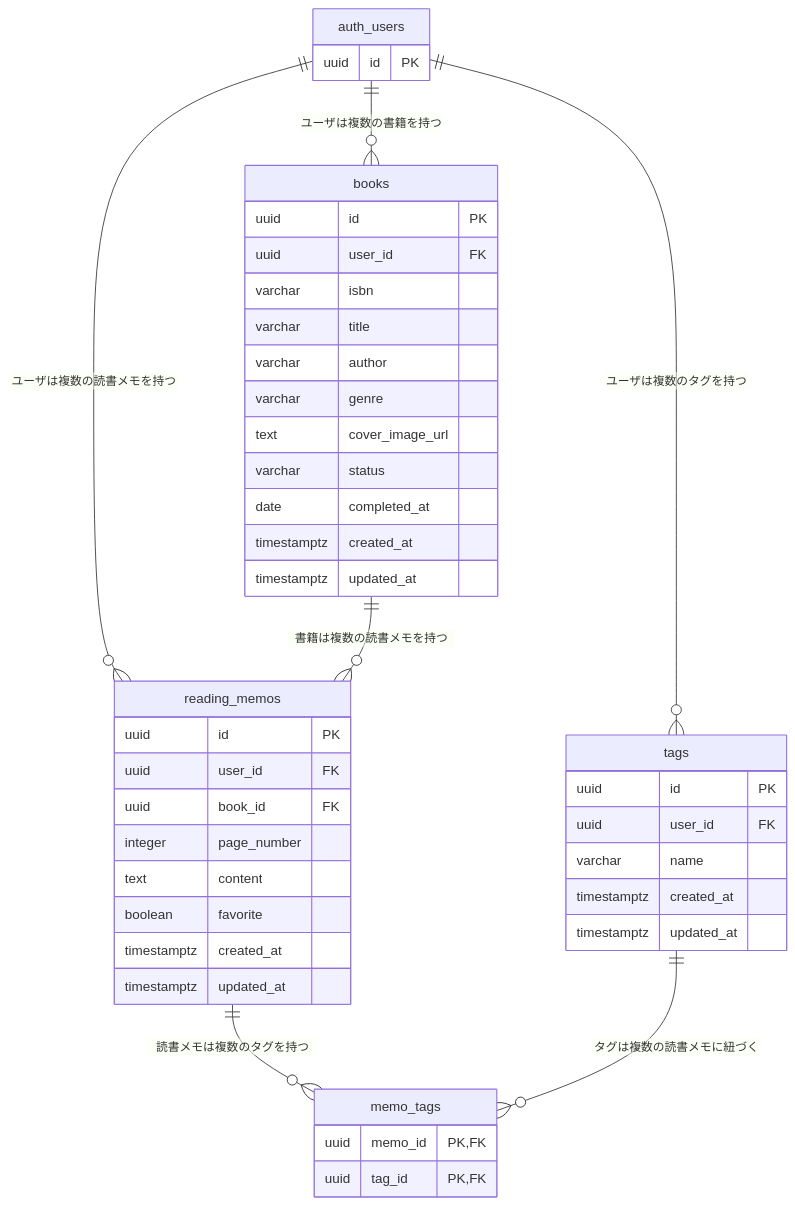
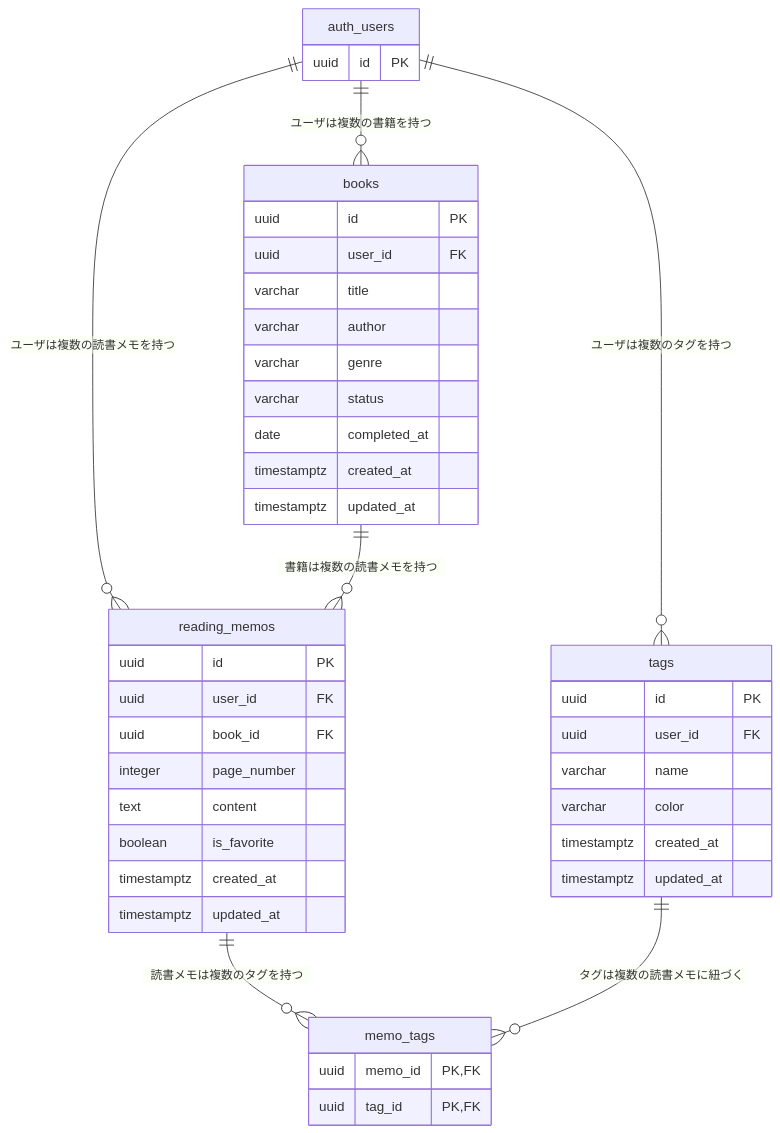
One commit to rmiyazak28/reading-notes-app changed the diagram in docs/diagrams/database/er-diagram.md. Above: the diagram before and after it, drawn with Mermaid. The commit also changed 7 other files, not shown here.

````diff
--- a/docs/diagrams/database/er-diagram.md
+++ b/docs/diagrams/database/er-diagram.md
@@ -5,54 +5,53 @@
 ```mermaid
 erDiagram
 
     auth_users ||--o{ books : "ユーザは複数の書籍を持つ"
     auth_users ||--o{ reading_memos : "ユーザは複数の読書メモを持つ"
     auth_users ||--o{ tags : "ユーザは複数のタグを持つ"
 
     books ||--o{ reading_memos : "書籍は複数の読書メモを持つ"
 
     reading_memos ||--o{ memo_tags : "読書メモは複数のタグを持つ"
     tags ||--o{ memo_tags : "タグは複数の読書メモに紐づく"
 
     auth_users {
         uuid id PK
     }
 
     books {
         uuid id PK
         uuid user_id FK
-        varchar isbn
         varchar title
         varchar author
         varchar genre
-        text cover_image_url
         varchar status
         date completed_at
         timestamptz created_at
         timestamptz updated_at
     }
 
     reading_memos {
         uuid id PK
         uuid user_id FK
         uuid book_id FK
         integer page_number
         text content
-        boolean favorite
+        boolean is_favorite
         timestamptz created_at
         timestamptz updated_at
     }
 
     tags {
         uuid id PK
         uuid user_id FK
         varchar name
+        varchar color
         timestamptz created_at
         timestamptz updated_at
     }
 
     memo_tags {
         uuid memo_id PK, FK
         uuid tag_id PK, FK
     }
 ```
````
